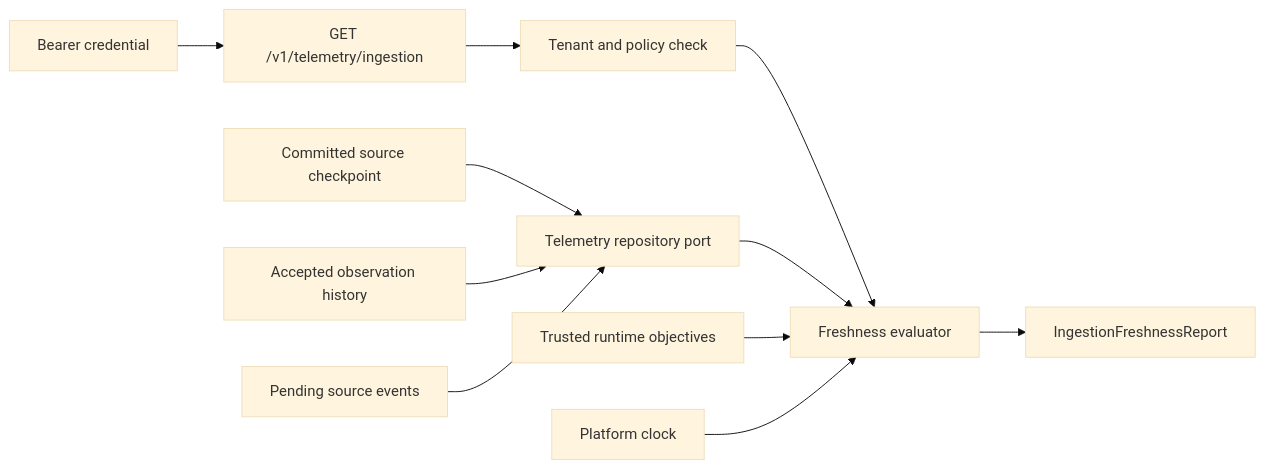
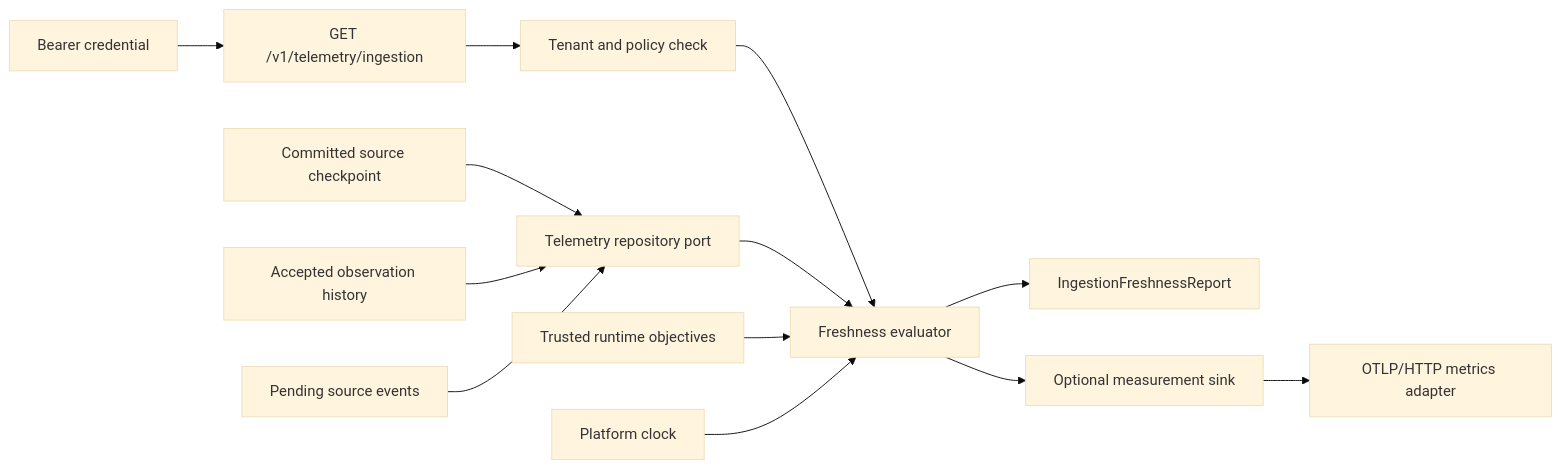
One commit to thedevopshuman/infra-intelligence-platform changed the diagram in docs/architecture/ingestion-freshness-telemetry.md. Above: the diagram before and after it, drawn with Mermaid (base theme). The commit also changed other lines of this file and 31 other files, not shown here.

Commit message:
feat: export ingestion metrics over OTLP

````diff
--- a/docs/architecture/ingestion-freshness-telemetry.md
+++ b/docs/architecture/ingestion-freshness-telemetry.md
@@ -11,13 +11,15 @@
 ```mermaid
 flowchart LR
     Credential["Bearer credential"] --> HTTP["GET /v1/telemetry/ingestion"]
     HTTP --> Policy["Tenant and policy check"]
     Policy --> Service["Freshness evaluator"]
     Checkpoint["Committed source checkpoint"] --> Repository["Telemetry repository port"]
     History["Accepted observation history"] --> Repository
     Outbox["Pending source events"] --> Repository
     Repository --> Service
     Objectives["Trusted runtime objectives"] --> Service
     Clock["Platform clock"] --> Service
     Service --> Report["IngestionFreshnessReport"]
+    Service --> Sink["Optional measurement sink"]
+    Sink --> OTLP["OTLP/HTTP metrics adapter"]
 ```
````
